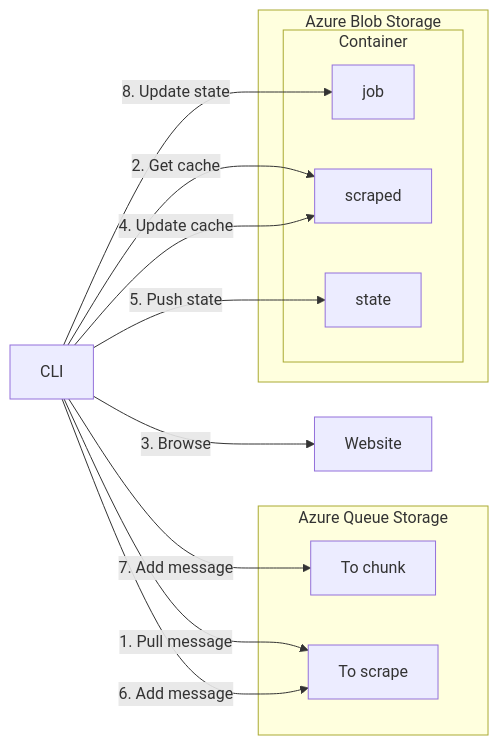
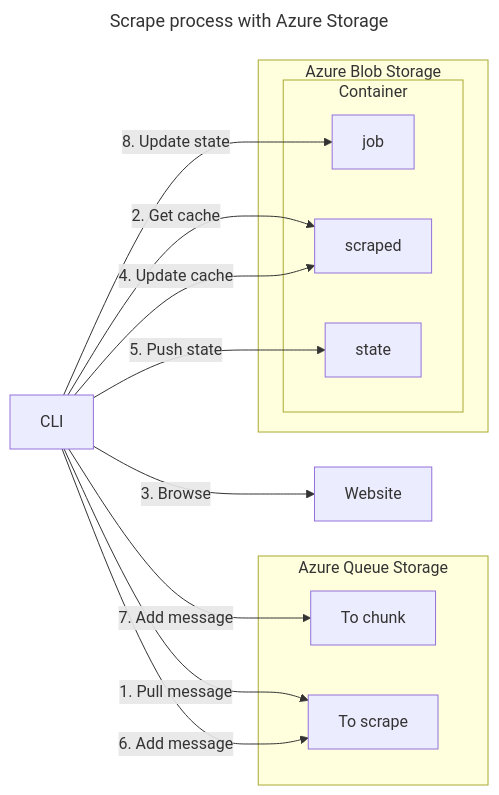
Before and after one commit to clemlesne/scrape-it-now: the first of 2 diagrams in README.md, drawn with Mermaid. The commit also changed other lines of this file and 17 other files, not shown here.

````diff
--- a/README.md
+++ b/README.md
@@ -181,27 +234,30 @@
 ```mermaid
+---
+title: Scrape process with Azure Storage
+---
 graph LR
   cli["CLI"]
   web["Website"]
 
   subgraph "Azure Queue Storage"
     to_chunk["To chunk"]
     to_scrape["To scrape"]
   end
 
   subgraph "Azure Blob Storage"
     subgraph "Container"
       job["job"]
       scraped["scraped"]
       state["state"]
     end
   end
 
   cli -- 1. Pull message --> to_scrape
   cli -- 2. Get cache --> scraped
   cli -- 3. Browse --> web
   cli -- 4. Update cache --> scraped
   cli -- 5. Push state --> state
   cli -- 6. Add message --> to_scrape
   cli -- 7. Add message --> to_chunk
   cli -- 8. Update state --> job
 ```
````
